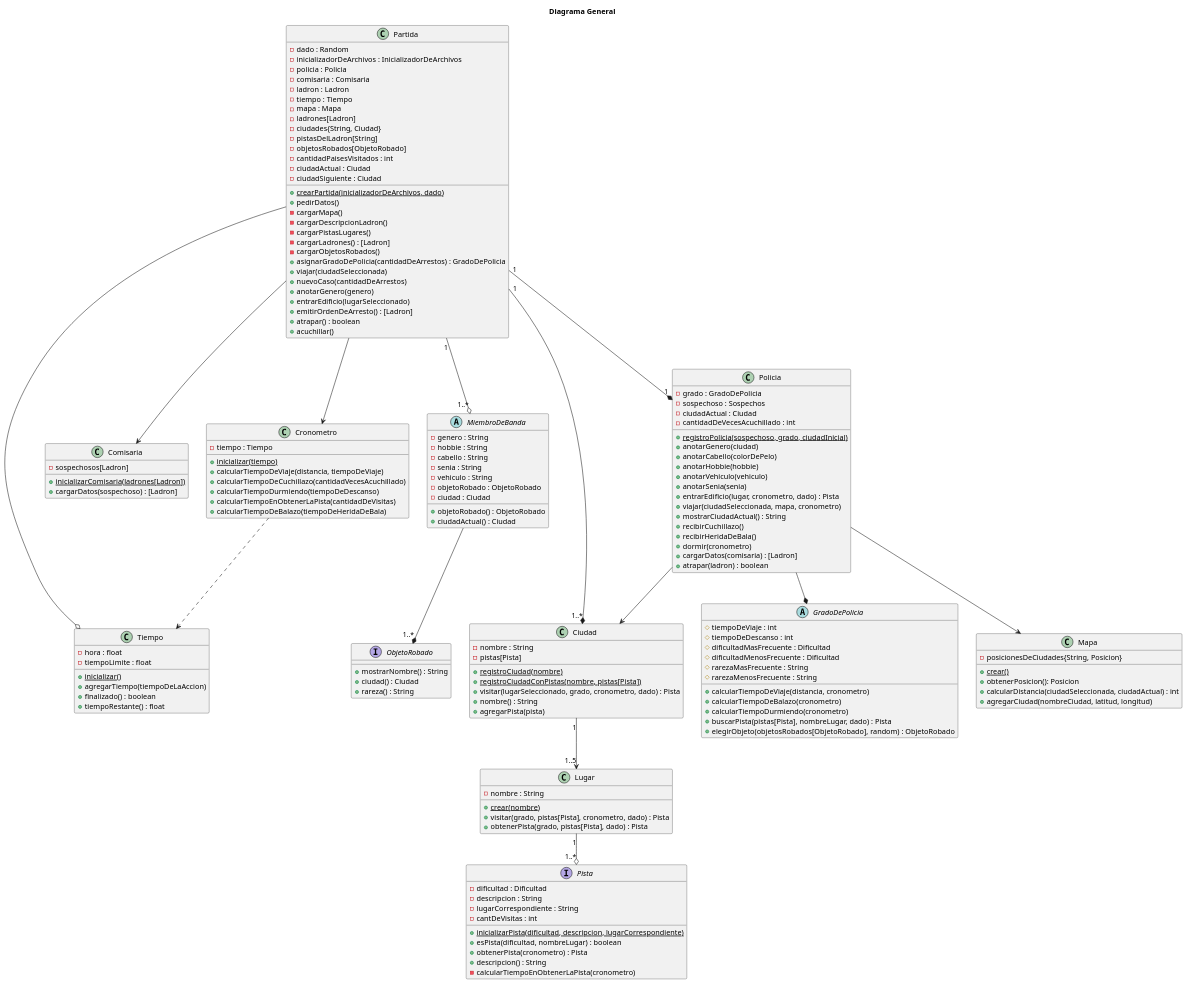
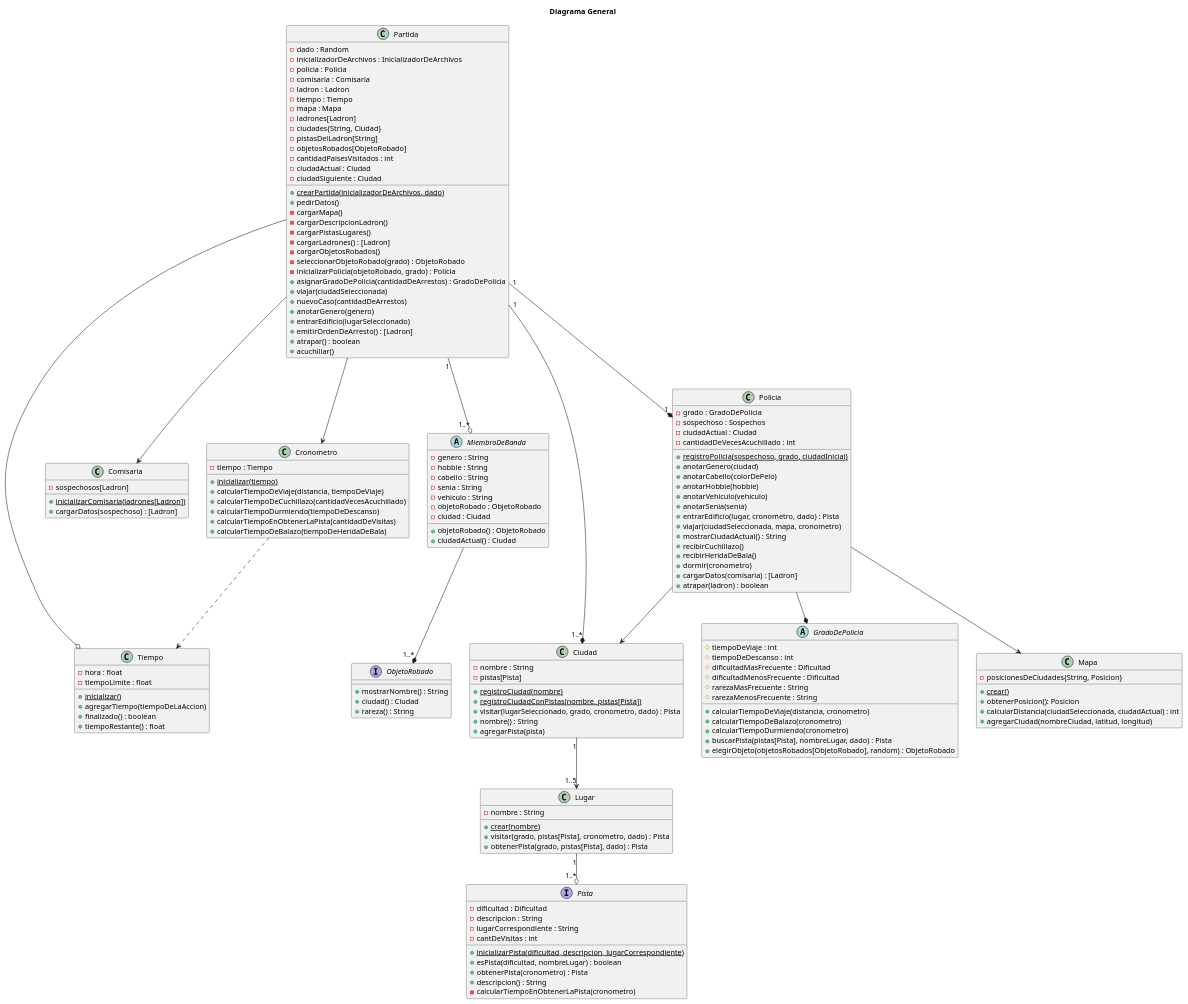
One commit to kmu01/Algo3_tp2 changed the diagram in diagrams/classes/entrega3/DC_general.puml. Above: the diagram before and after it, drawn with PlantUML. The commit also changed 1 other file, not shown here.

```diff
--- a/diagrams/classes/entrega3/DC_general.puml
+++ b/diagrams/classes/entrega3/DC_general.puml
@@ -1,186 +1,188 @@
 @startuml
 title Diagrama General
 
 
 class Ciudad{
     - nombre : String
     - pistas[Pista]
     + {static} registroCiudad(nombre)
     + {static} registroCiudadConPistas(nombre, pistas[Pista])
     + visitar(lugarSeleccionado, grado, cronometro, dado) : Pista
     + nombre() : String
     + agregarPista(pista)
 
 }
 
 class Comisaria {
     - sospechosos[Ladron]
     + {static} inicializarComisaria(ladrones[Ladron])
     + cargarDatos(sospechoso) : [Ladron]
 }
 
 class Cronometro {
     - tiempo : Tiempo
     + {static} inicializar(tiempo)
     + calcularTiempoDeViaje(distancia, tiempoDeViaje)
     + calcularTiempoDeCuchillazo(cantidadVecesAcuchillado)
     + calcularTiempoDurmiendo(tiempoDeDescanso)
     + calcularTiempoEnObtenerLaPista(cantidadDeVisitas)
     + calcularTiempoDeBalazo(tiempoDeHeridaDeBala)
 }
 
 class Partida{
     - dado : Random
     - inicializadorDeArchivos : InicializadorDeArchivos
     - policia : Policia
     - comisaria : Comisaria
     - ladron : Ladron
     - tiempo : Tiempo
     - mapa : Mapa
     - ladrones[Ladron]
     - ciudades{String, Ciudad}
     - pistasDelLadron[String]
     - objetosRobados[ObjetoRobado]
     - cantidadPaisesVisitados : int
     - ciudadActual : Ciudad
     - ciudadSiguiente : Ciudad
     + {static} crearPartida(inicializadorDeArchivos, dado)
     + pedirDatos()
     - cargarMapa()
     - cargarDescripcionLadron()
     - cargarPistasLugares()
     - cargarLadrones() : [Ladron]
     - cargarObjetosRobados()
+    - seleccionarObjetoRobado(grado) : ObjetoRobado
+    - inicializarPolicia(objetoRobado, grado) : Policia
     + asignarGradoDePolicia(cantidadDeArrestos) : GradoDePolicia
     + viajar(ciudadSeleccionada)
     + nuevoCaso(cantidadDeArrestos)
     + anotarGenero(genero)
     + entrarEdificio(lugarSeleccionado)
     + emitirOrdenDeArresto() : [Ladron]
     + atrapar() : boolean
     + acuchillar()
 }
 
 abstract class MiembroDeBanda{
     - genero : String
     - hobbie : String
     - cabello : String
     - senia : String
     - vehiculo : String
     - objetoRobado : ObjetoRobado
     - ciudad : Ciudad
     + objetoRobado() : ObjetoRobado
     + ciudadActual() : Ciudad
 }
 
 /'
 class Ladron{
     - sexo : String
     - hobbie : String
     - cabello : String
     - seña : String
     - vehiculo : String
     - objetoRobado : ObjetoRobado
     + {static} registro(objetoRobado, cantidadArrestos)
     + {static} registroEspecifico(cantidadArrestos, objetoRobado, sexo, hobbie, seña, vehiculo)
     + anotarGenero(genero) : String
     + acuchillar(Policia) : int
 }
 '/
 
 
 class Policia{
     - grado : GradoDePolicia
     - sospechoso : Sospechos
     - ciudadActual : Ciudad
     - cantidadDeVecesAcuchillado : int
     + {static} registroPolicia(sospechoso, grado, ciudadInicial)
     + anotarGenero(ciudad)
     + anotarCabello(colorDePelo)
     + anotarHobbie(hobbie)
     + anotarVehiculo(vehiculo)
     + anotarSenia(senia)
     + entrarEdificio(lugar, cronometro, dado) : Pista
     + viajar(ciudadSeleccionada, mapa, cronometro)
     + mostrarCiudadActual() : String
     + recibirCuchillazo()
     + recibirHeridaDeBala()
     + dormir(cronometro)
     + cargarDatos(comisaria) : [Ladron]
     + atrapar(ladron) : boolean
 }
 
 class Mapa{
     - posicionesDeCiudades{String, Posicion}
     + {static} crear()
     + obtenerPosicion(): Posicion
     + calcularDistancia(ciudadSeleccionada, ciudadActual) : int
     + agregarCiudad(nombreCiudad, latitud, longitud)
 }
 
 abstract class GradoDePolicia{
     # tiempoDeViaje : int
     # tiempoDeDescanso : int
     # dificultadMasFrecuente : Dificultad
     # dificultadMenosFrecuente : Dificultad
     # rarezaMasFrecuente : String
     # rarezaMenosFrecuente : String
     + calcularTiempoDeViaje(distancia, cronometro)
     + calcularTiempoDeBalazo(cronometro)
     + calcularTiempoDurmiendo(cronometro)
     + buscarPista(pistas[Pista], nombreLugar, dado) : Pista
     + elegirObjeto(objetosRobados[ObjetoRobado], random) : ObjetoRobado
 }
 
 class Lugar{
     - nombre : String
     + {static} crear(nombre)
     + visitar(grado, pistas[Pista], cronometro, dado) : Pista
     + obtenerPista(grado, pistas[Pista], dado) : Pista
 }
 
 interface Pista{
     - dificultad : Dificultad
     - descripcion : String
     - lugarCorrespondiente : String
     - cantDeVisitas : int
     + {static} inicializarPista(dificultad, descripcion, lugarCorrespondiente)
     + esPista(dificultad, nombreLugar) : boolean
     + obtenerPista(cronometro) : Pista
     + descripcion() : String
     - calcularTiempoEnObtenerLaPista(cronometro)
 }
 
 interface ObjetoRobado{
 	+ mostrarNombre() : String
 	+ ciudad() : Ciudad
 	+ rareza() : String
 }
 
 class Tiempo{
     - hora : float
     - tiempoLimite : float
     + {static} inicializar()
     + agregarTiempo(tiempoDeLaAccion)
     + finalizado() : boolean
     + tiempoRestante() : float
 }
 
 
 Partida "1" --o "1..*" MiembroDeBanda
 Partida"1" --* "1"Policia
 Partida --o Tiempo
 Policia --* GradoDePolicia
 Policia --> Mapa
 Partida "1" --* "1..*" Ciudad
 Policia --> Ciudad
 Ciudad "1" --> "1..5"Lugar
 Lugar "1" --o "1..*" Pista
 
 MiembroDeBanda --* "1..*" ObjetoRobado
 Partida --> Comisaria
 Cronometro ..> Tiempo
 Partida --> Cronometro
 
 
 @enduml
```
